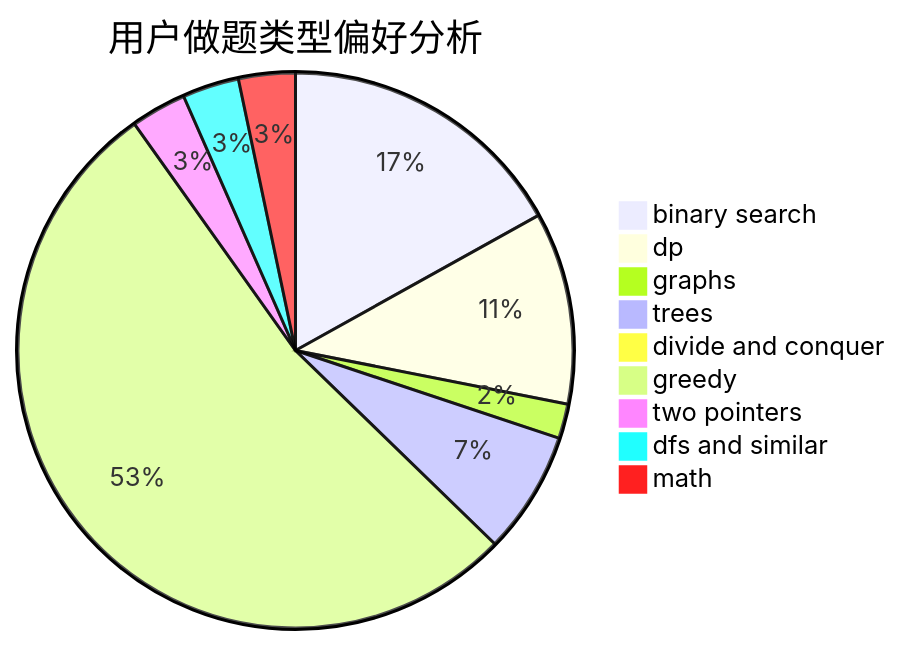
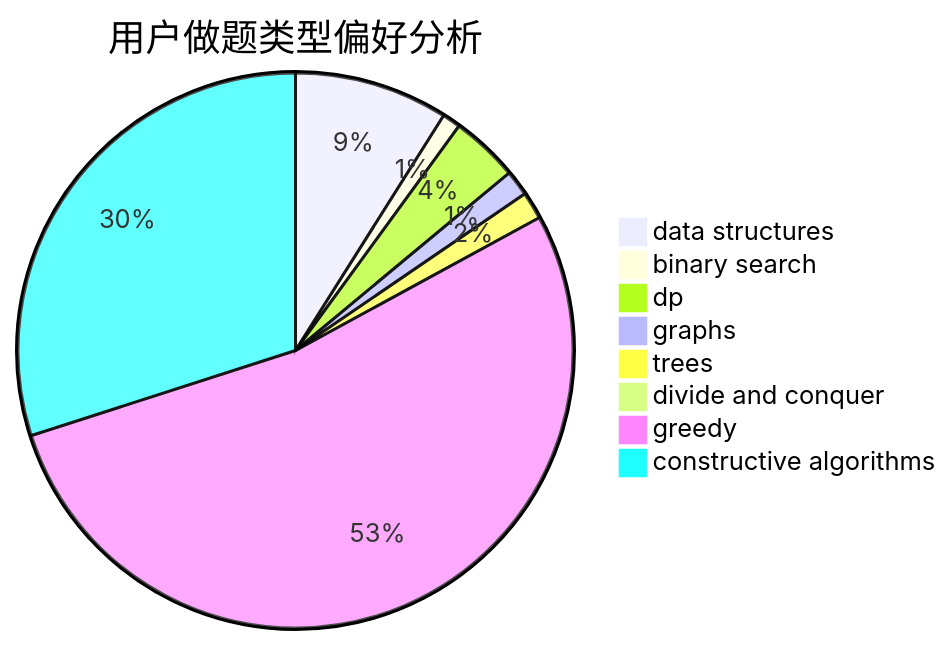
The second of 3 diagrams in docs/user/u2586.md (sherpahu/cfrs.github.io), drawn with Mermaid before and after one commit. The commit also changed other lines of this file and 2775 other files, not shown here.

````diff
--- a/docs/user/u2586.md
+++ b/docs/user/u2586.md
@@ -23,12 +23,11 @@
 ```mermaid
 pie title 用户做题类型偏好分析
-    "binary search" :  277
-    "dp" :  183
-    "graphs" :  33
-    "trees" :  117
+    "data structures" :  84
+    "binary search" :  10
+    "dp" :  37
+    "graphs" :  14
+    "trees" :  15
     "divide and conquer" :  0
-    "greedy" :  866
-    "two pointers" :  53
-    "dfs and similar" :  54
-    "math" :  54
+    "greedy" :  497
+    "constructive algorithms" :  281
 ```
````
